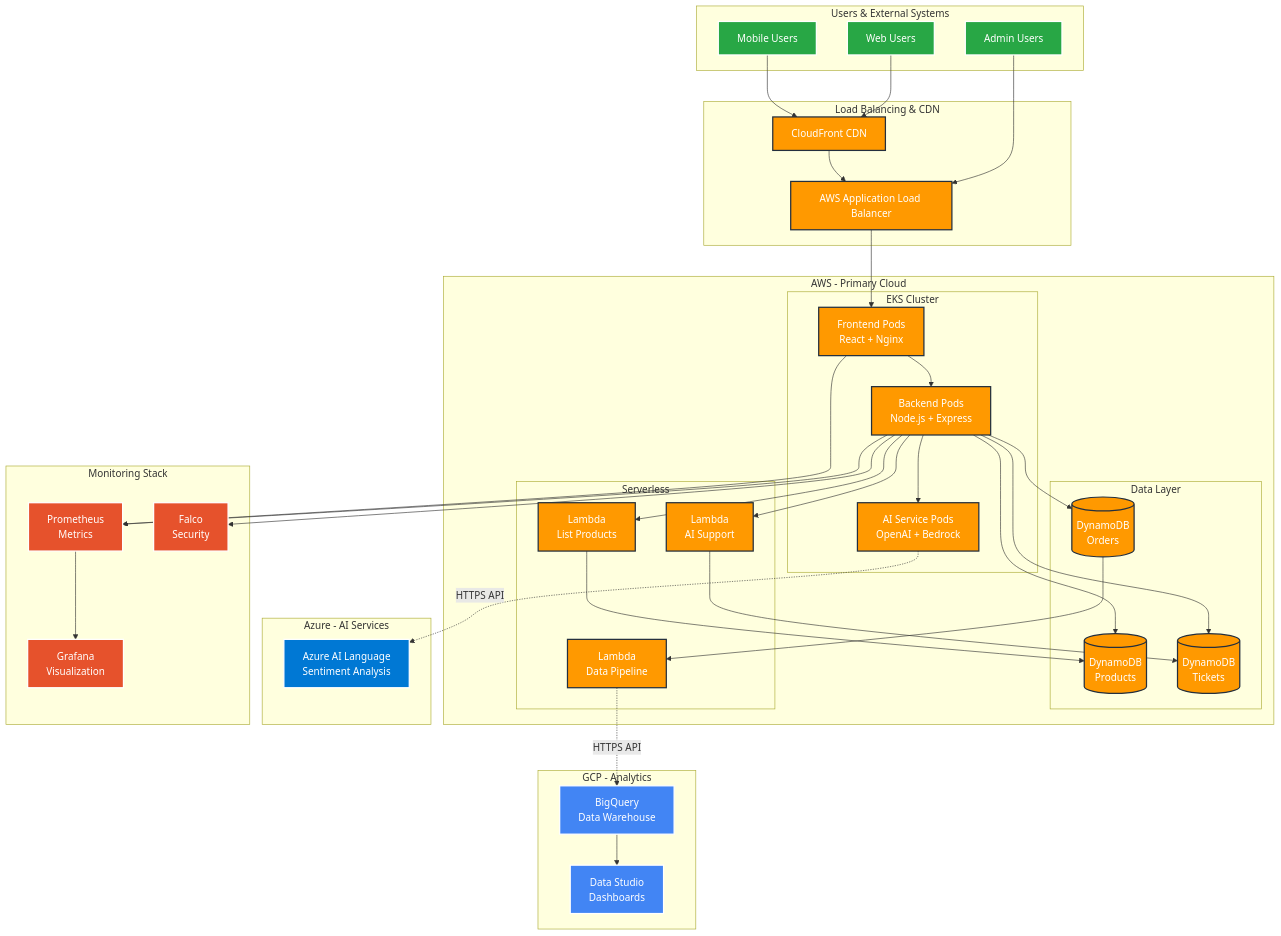
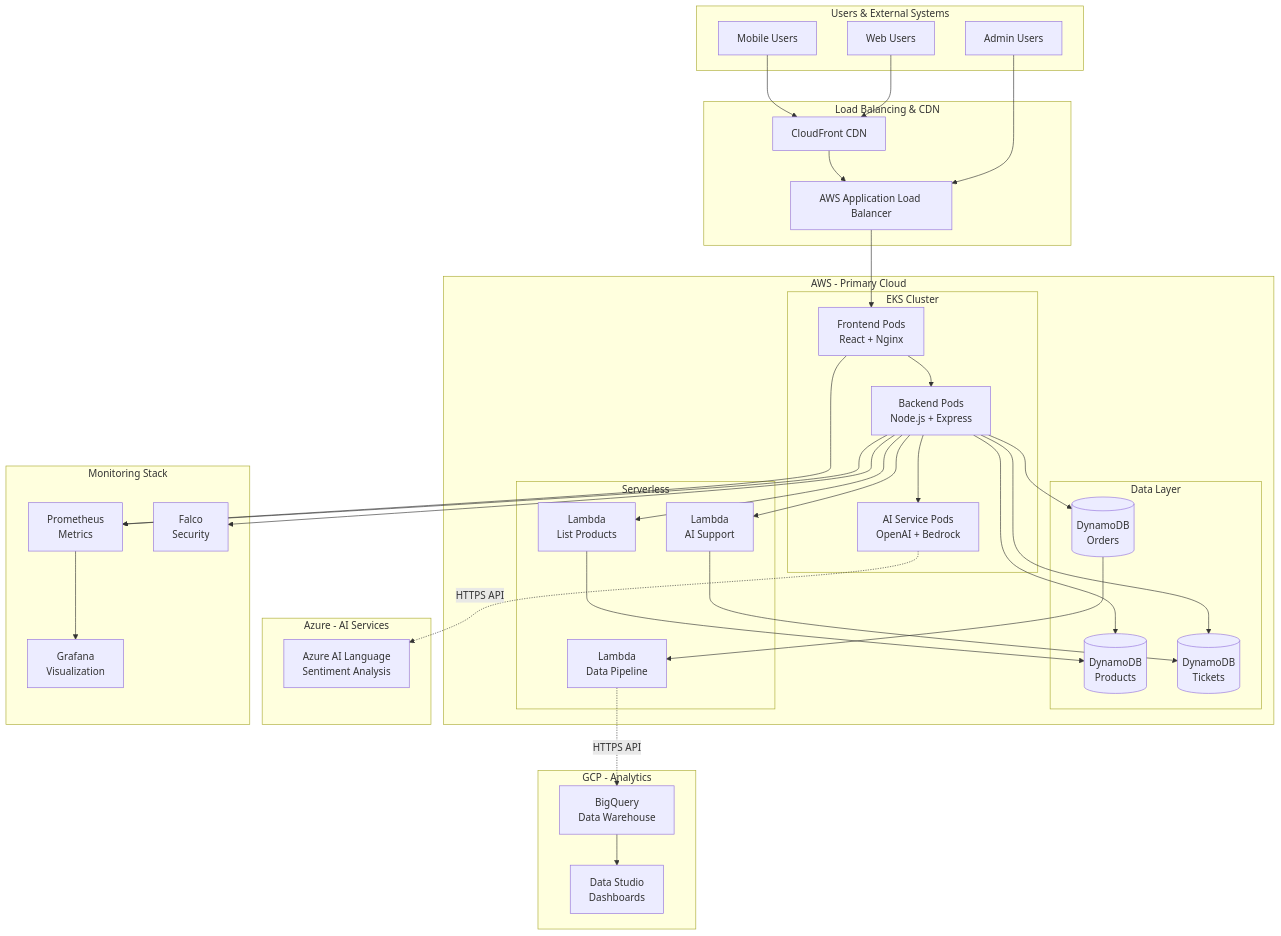
The first of 2 diagrams in README.md (abdihakim-said/cloudmart-enterprise-devsecops), drawn with Mermaid before and after one commit. The commit also changed other lines of this file and 1 other file, not shown here.

````diff
--- a/README.md
+++ b/README.md
@@ -156,17 +139,4 @@
     FE --> PROM
     PROM --> GRAF
     BE --> FALCO
-
-    %% Styling
-    classDef aws fill:#FF9900,stroke:#232F3E,stroke-width:2px,color:#fff
-    classDef azure fill:#0078D4,stroke:#fff,stroke-width:2px,color:#fff
-    classDef gcp fill:#4285F4,stroke:#fff,stroke-width:2px,color:#fff
-    classDef monitoring fill:#E6522C,stroke:#fff,stroke-width:2px,color:#fff
-    classDef users fill:#28a745,stroke:#fff,stroke-width:2px,color:#fff
-    
-    class FE,BE,AI,DB1,DB2,DB3,L1,L2,L3,LB,CDN aws
-    class AZ1 azure
-    class BQ,DS gcp
-    class PROM,GRAF,FALCO monitoring
-    class U1,U2,U3 users
 ```
````
